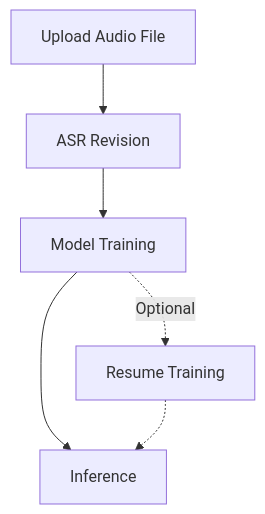
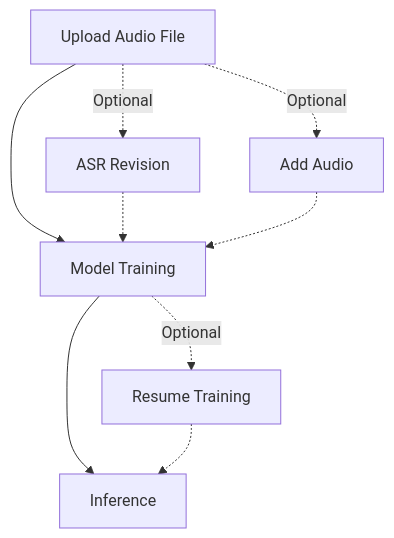
Before and after one commit to newsiquare/mockvox: the diagram in docs/en/cli.md, drawn with Mermaid. The commit also changed other lines of this file and 3 other files, not shown here.

````diff
--- a/docs/en/cli.md
+++ b/docs/en/cli.md
@@ -19,8 +19,11 @@
 ```mermaid
 graph TD
-    A[Upload Audio File] --> B[ASR Revision]
-    B --> C[Model Training]
+    A[Upload Audio File] -.-> |Optional| B[ASR Revision]
+    A --> C[Model Training]
+    B -.-> C
+    A -.-> |Optional| E[Add Audio]
+    E -.-> C
     C --> D[Inference]
     C -.-> |Optional| G[Resume Training]
     G -.-> D
 ```
````
